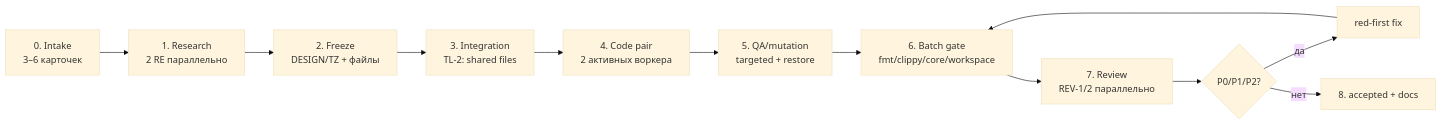
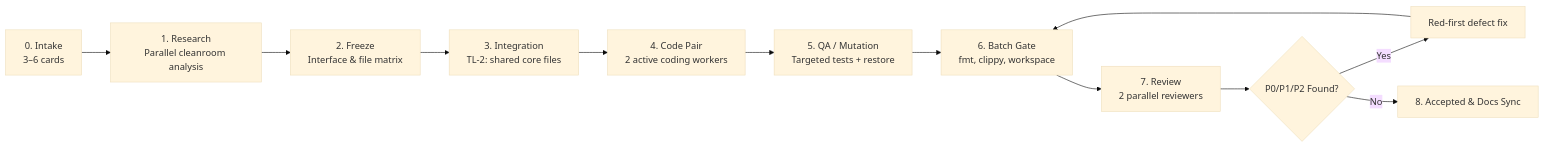
Before and after one commit to Userbash/chord: the second of 2 diagrams in docs/rust-client/TEAM.md, drawn with Mermaid (base theme). The commit also changed other lines of this file and 2279 other files, not shown here.

````diff
--- a/docs/rust-client/TEAM.md
+++ b/docs/rust-client/TEAM.md
@@ -84,14 +72,14 @@
 ```mermaid
 flowchart LR
-  A["0. Intake<br/>3–6 карточек"] --> B["1. Research<br/>2 RE параллельно"]
-  B --> C["2. Freeze<br/>DESIGN/TZ + файлы"]
-  C --> D["3. Integration<br/>TL-2: shared files"]
-  D --> E["4. Code pair<br/>2 активных воркера"]
-  E --> F["5. QA/mutation<br/>targeted + restore"]
-  F --> G["6. Batch gate<br/>fmt/clippy/core/workspace"]
-  G --> H["7. Review<br/>REV-1/2 параллельно"]
-  H --> I{"P0/P1/P2?"}
-  I -- "да" --> J["red-first fix"]
+  A["0. Intake<br/>3–6 cards"] --> B["1. Research<br/>Parallel cleanroom analysis"]
+  B --> C["2. Freeze<br/>Interface & file matrix"]
+  C --> D["3. Integration<br/>TL-2: shared core files"]
+  D --> E["4. Code Pair<br/>2 active coding workers"]
+  E --> F["5. QA / Mutation<br/>Targeted tests + restore"]
+  F --> G["6. Batch Gate<br/>fmt, clippy, workspace"]
+  G --> H["7. Review<br/>2 parallel reviewers"]
+  H --> I{"P0/P1/P2 Found?"}
+  I -- "Yes" --> J["Red-first defect fix"]
   J --> G
-  I -- "нет" --> K["8. accepted + docs"]
+  I -- "No" --> K["8. Accepted & Docs Sync"]
 ```
````
